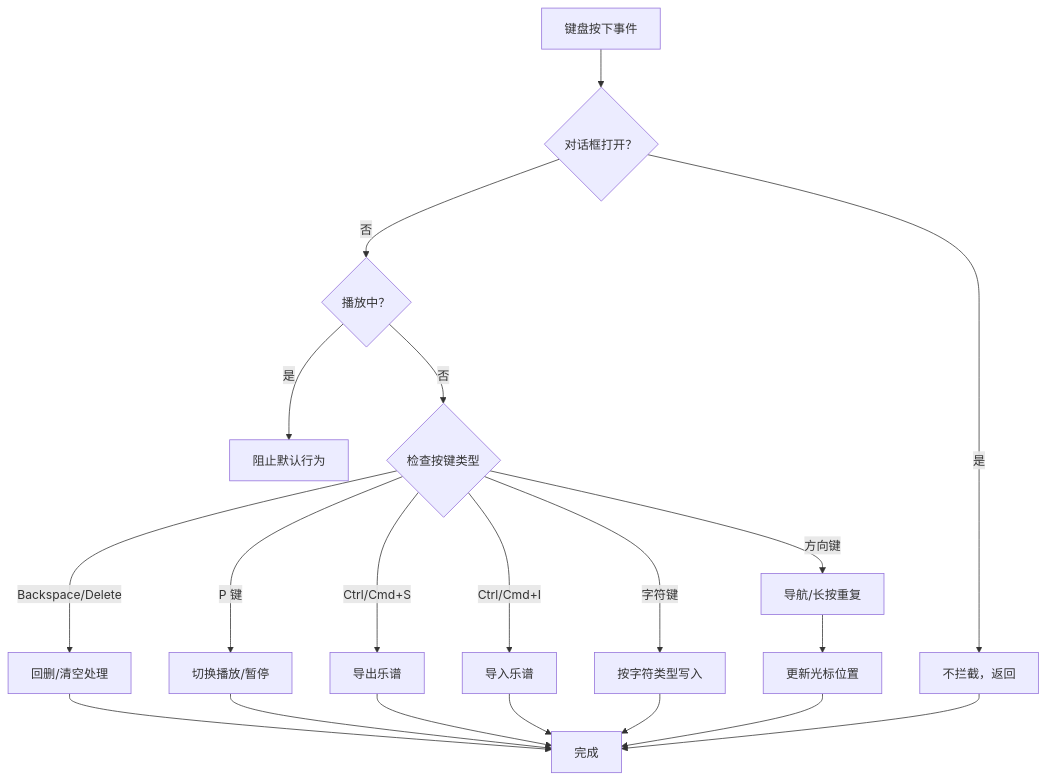
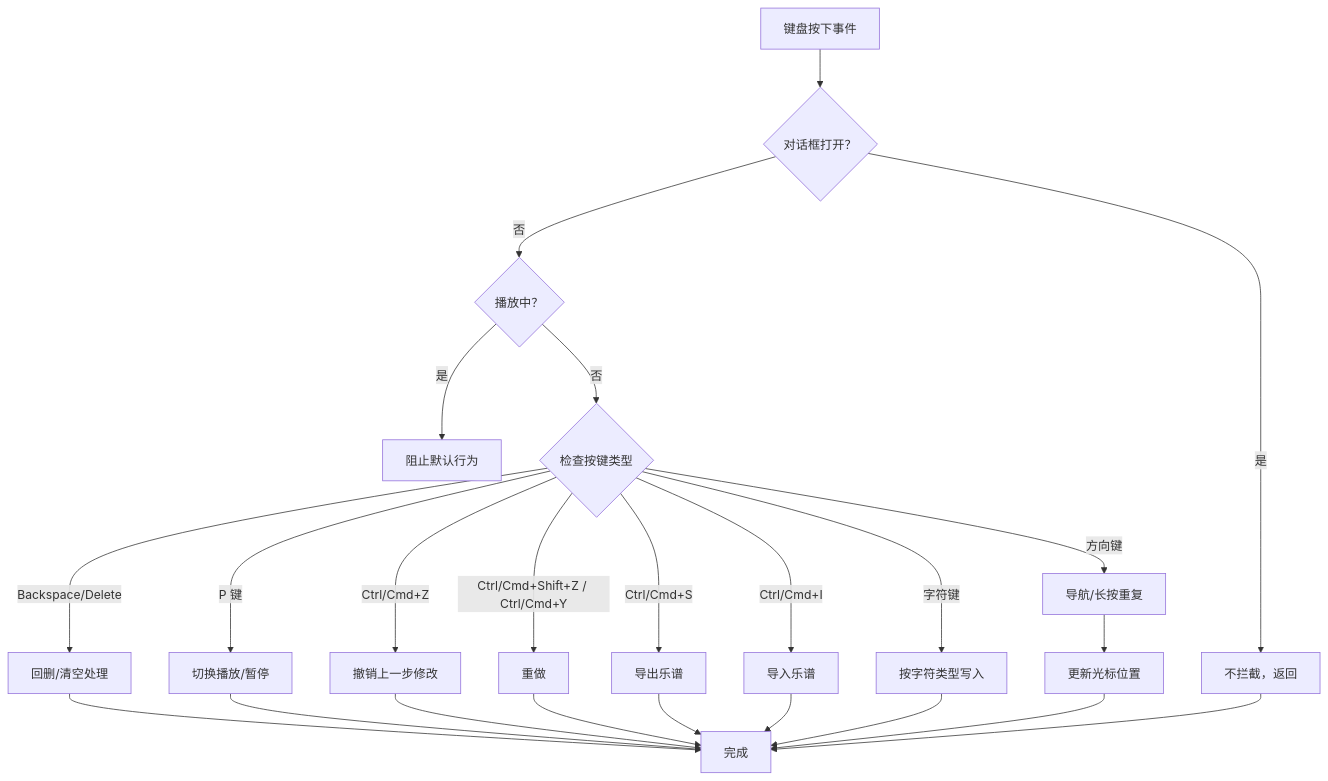
One commit to wingmeng/SUBOR-Music-Board changed the seventh of 9 diagrams in wiki/用户界面组件/控制栏组件/输入模式切换.md. Above: the diagram before and after it, drawn with Mermaid. The commit also changed other lines of this file and 10 other files, not shown here.

````diff
--- a/wiki/用户界面组件/控制栏组件/输入模式切换.md
+++ b/wiki/用户界面组件/控制栏组件/输入模式切换.md
@@ -307,22 +307,26 @@
 ```mermaid
 flowchart TD
 KeyDown[键盘按下事件] --> CheckDialog{"对话框打开？"}
 CheckDialog --> |是| Ignore[不拦截，返回]
 CheckDialog --> |否| CheckPlaying{"播放中？"}
 CheckPlaying --> |是| Prevent[阻止默认行为]
 CheckPlaying --> |否| CheckKey{"检查按键类型"}
 CheckKey --> |方向键| ArrowHandler[导航/长按重复]
 CheckKey --> |Backspace/Delete| DeleteHandler[回删/清空处理]
 CheckKey --> |P 键| PlayToggle[切换播放/暂停]
+CheckKey --> |Ctrl/Cmd+Z| Undo[撤销上一步修改]
+CheckKey --> |Ctrl/Cmd+Shift+Z / Ctrl/Cmd+Y| Redo[重做]
 CheckKey --> |Ctrl/Cmd+S| Export[导出乐谱]
 CheckKey --> |Ctrl/Cmd+I| Import[导入乐谱]
 CheckKey --> |字符键| CharHandler[按字符类型写入]
 ArrowHandler --> UpdateCursor[更新光标位置]
 DeleteHandler --> End[完成]
 PlayToggle --> End
+Undo --> End
+Redo --> End
 Export --> End
 Import --> End
 CharHandler --> End
 UpdateCursor --> End
 Ignore --> End
 ```
````
